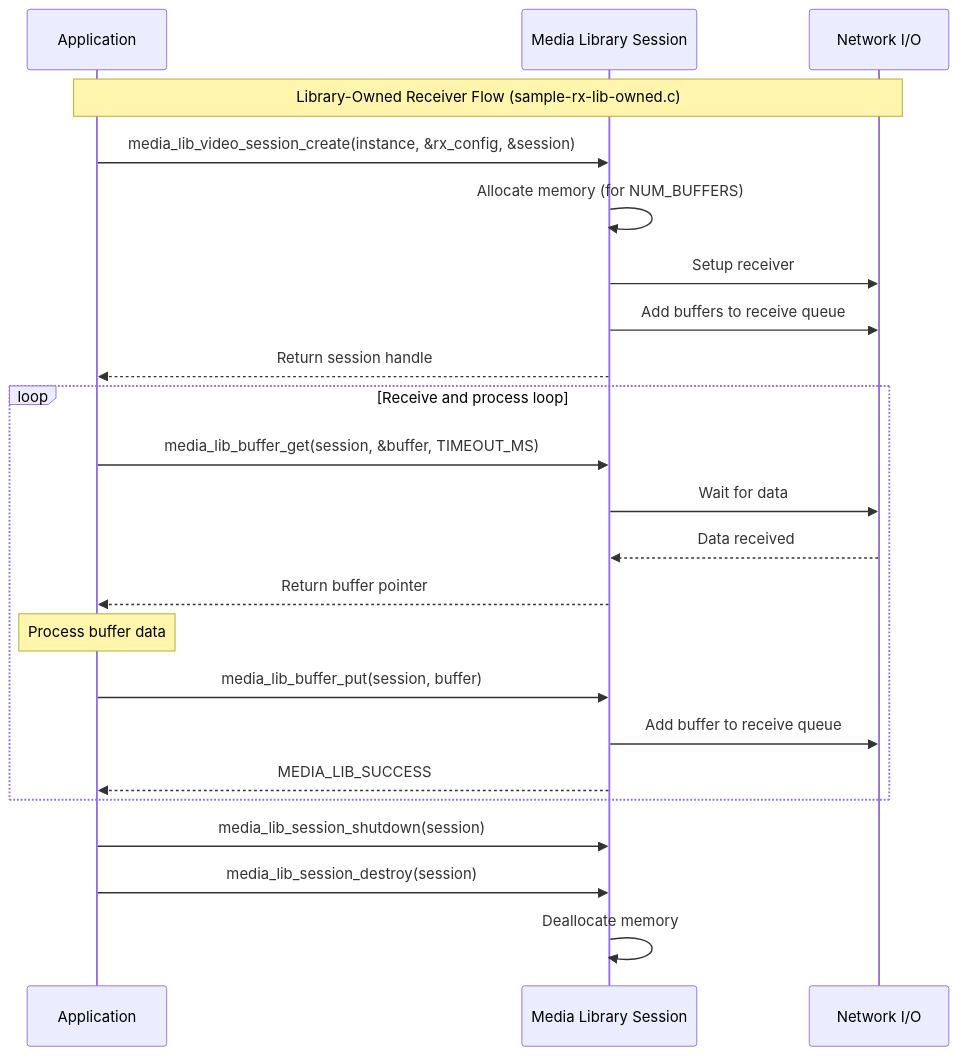
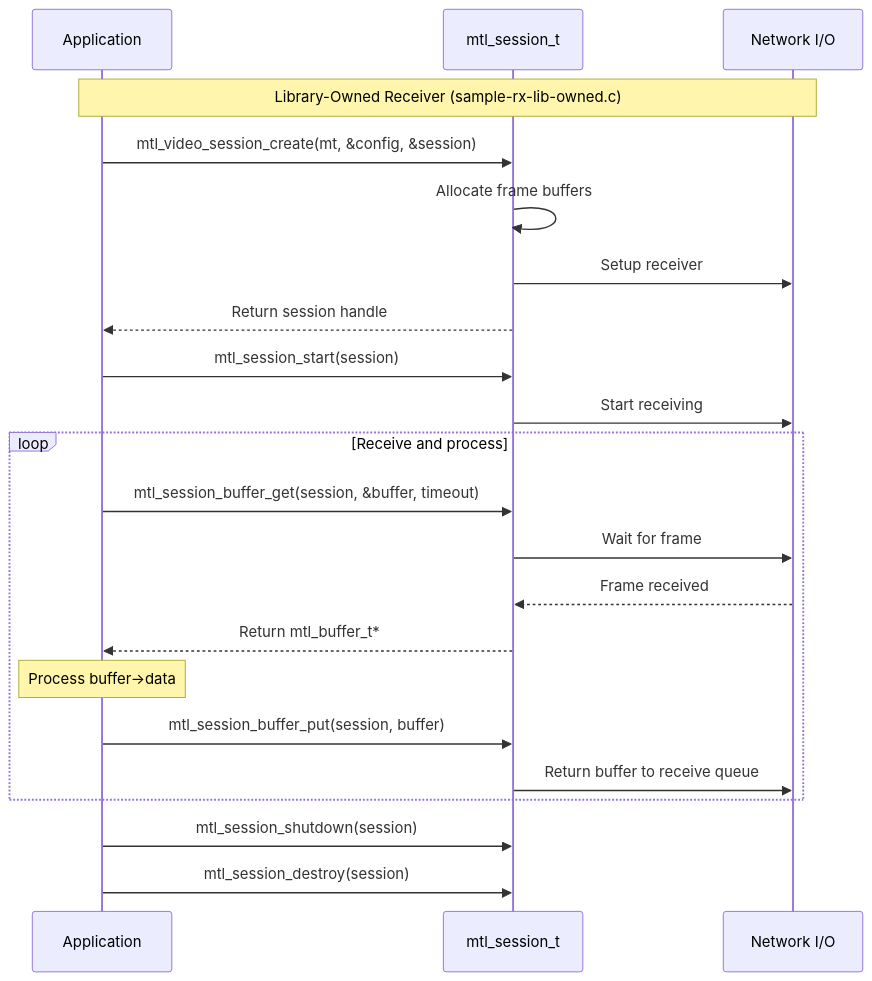
Before and after one commit to OpenVisualCloud/Media-Transport-Library: the first of 8 diagrams in doc/new_API/samples/diagrams.md, drawn with Mermaid. The commit also changed other lines of this file and 13 other files, not shown here.

````diff
--- a/doc/new_API/samples/diagrams.md
+++ b/doc/new_API/samples/diagrams.md
@@ -1,36 +5,31 @@
 ```mermaid
 sequenceDiagram
     participant App as Application
-    participant Session as Media Library Session
-
+    participant Session as mtl_session_t
     participant Network as Network I/O
 
-    Note over App,Network: Library-Owned Receiver Flow (sample-rx-lib-owned.c)
+    Note over App,Network: Library-Owned Receiver (sample-rx-lib-owned.c)
     
-    App->>Session: media_lib_video_session_create(instance, &rx_config, &session)
-    Session->>Session: Allocate memory (for NUM_BUFFERS)
+    App->>Session: mtl_video_session_create(mt, &config, &session)
+    Session->>Session: Allocate frame buffers
     Session->>Network: Setup receiver
-    Session->>Network: Add buffers to receive queue
     Session-->>App: Return session handle
     
-    loop Receive and process loop
-        App->>Session: media_lib_buffer_get(session, &buffer, TIMEOUT_MS)
-        Session->>Network: Wait for data
-        Network-->>Session: Data received
-
-        Session-->>App: Return buffer pointer
+    App->>Session: mtl_session_start(session)
+    Session->>Network: Start receiving
+    
+    loop Receive and process
+        App->>Session: mtl_session_buffer_get(session, &buffer, timeout)
+        Session->>Network: Wait for frame
+        Network-->>Session: Frame received
+        Session-->>App: Return mtl_buffer_t*
         
-        Note over App: Process buffer data
+        Note over App: Process buffer->data
         
-        App->>Session: media_lib_buffer_put(session, buffer)
-
-        Session->>Network: Add buffer to receive queue
-        Session-->>App: MEDIA_LIB_SUCCESS
-
+        App->>Session: mtl_session_buffer_put(session, buffer)
+        Session->>Network: Return buffer to receive queue
     end
-    App->>Session: media_lib_session_shutdown(session)
-
-    App->>Session: media_lib_session_destroy(session)
-    Session->>Session: Deallocate memory
-
+    
+    App->>Session: mtl_session_shutdown(session)
+    App->>Session: mtl_session_destroy(session)
 ```
````
